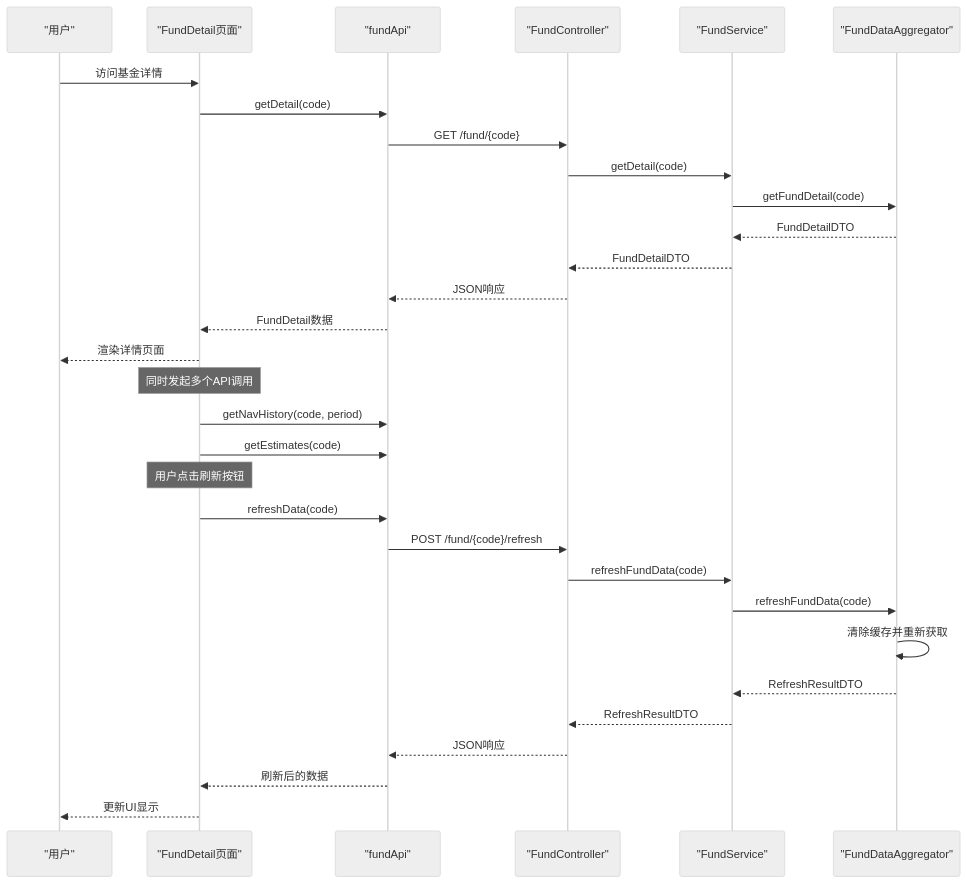
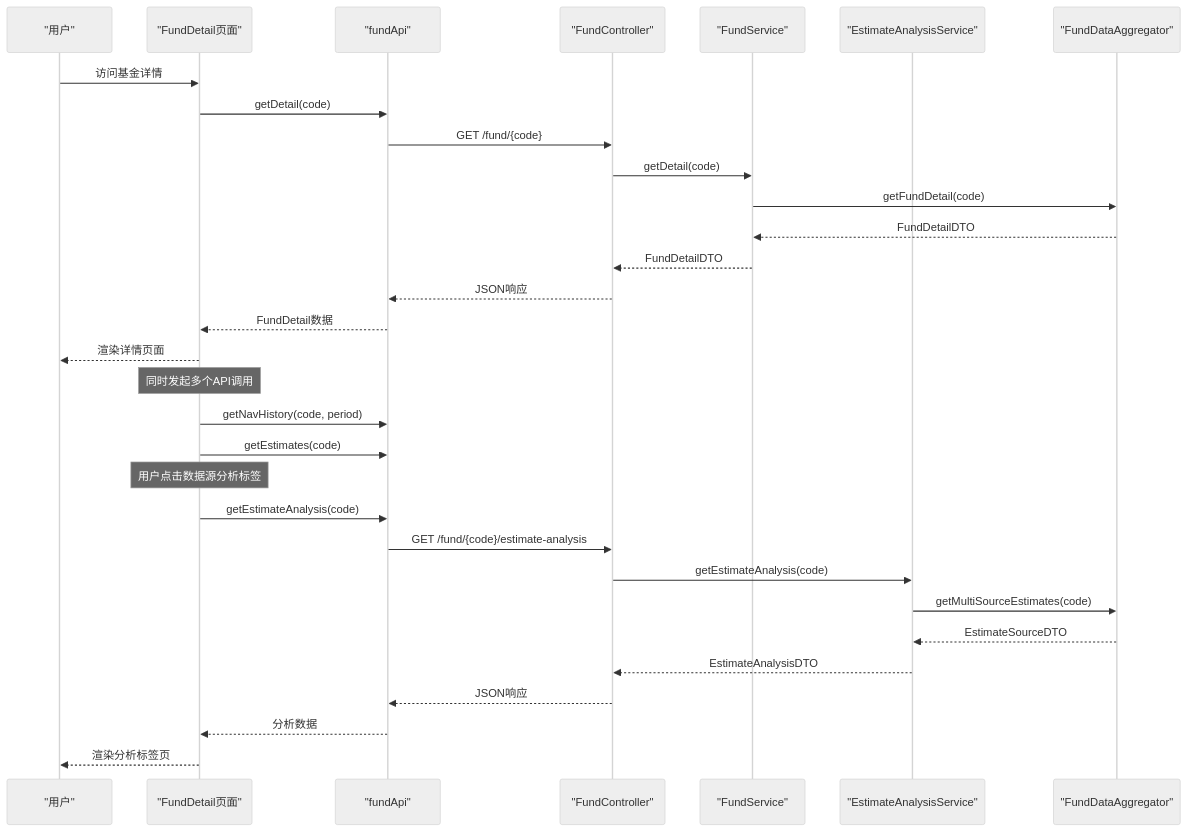
One commit to gree-coder/fund-butler changed diagram 20 of 25 in .qoder/repowiki/zh/content/核心功能开发/FundController增强.md. Above: the diagram before and after it, drawn with Mermaid (neutral theme). The commit also changed other lines of this file and 16 other files, not shown here.

````diff
--- a/.qoder/repowiki/zh/content/核心功能开发/FundController增强.md
+++ b/.qoder/repowiki/zh/content/核心功能开发/FundController增强.md
@@ -559,33 +771,33 @@
 ```mermaid
 sequenceDiagram
 participant User as "用户"
 participant Page as "FundDetail页面"
 participant API as "fundApi"
 participant Controller as "FundController"
 participant Service as "FundService"
+participant AnalysisService as "EstimateAnalysisService"
 participant Aggregator as "FundDataAggregator"
 User->>Page : 访问基金详情
 Page->>API : getDetail(code)
 API->>Controller : GET /fund/{code}
 Controller->>Service : getDetail(code)
 Service->>Aggregator : getFundDetail(code)
 Aggregator-->>Service : FundDetailDTO
 Service-->>Controller : FundDetailDTO
 Controller-->>API : JSON响应
 API-->>Page : FundDetail数据
 Page-->>User : 渲染详情页面
 Note over Page : 同时发起多个API调用
 Page->>API : getNavHistory(code, period)
 Page->>API : getEstimates(code)
-Note over Page : 用户点击刷新按钮
-Page->>API : refreshData(code)
-API->>Controller : POST /fund/{code}/refresh
-Controller->>Service : refreshFundData(code)
-Service->>Aggregator : refreshFundData(code)
-Aggregator->>Aggregator : 清除缓存并重新获取
-Aggregator-->>Service : RefreshResultDTO
-Service-->>Controller : RefreshResultDTO
+Note over Page : 用户点击数据源分析标签
+Page->>API : getEstimateAnalysis(code)
+API->>Controller : GET /fund/{code}/estimate-analysis
+Controller->>AnalysisService : getEstimateAnalysis(code)
+AnalysisService->>Aggregator : getMultiSourceEstimates(code)
+Aggregator-->>AnalysisService : EstimateSourceDTO
+AnalysisService-->>Controller : EstimateAnalysisDTO
 Controller-->>API : JSON响应
-API-->>Page : 刷新后的数据
-Page-->>User : 更新UI显示
+API-->>Page : 分析数据
+Page-->>User : 渲染分析标签页
 ```
````
